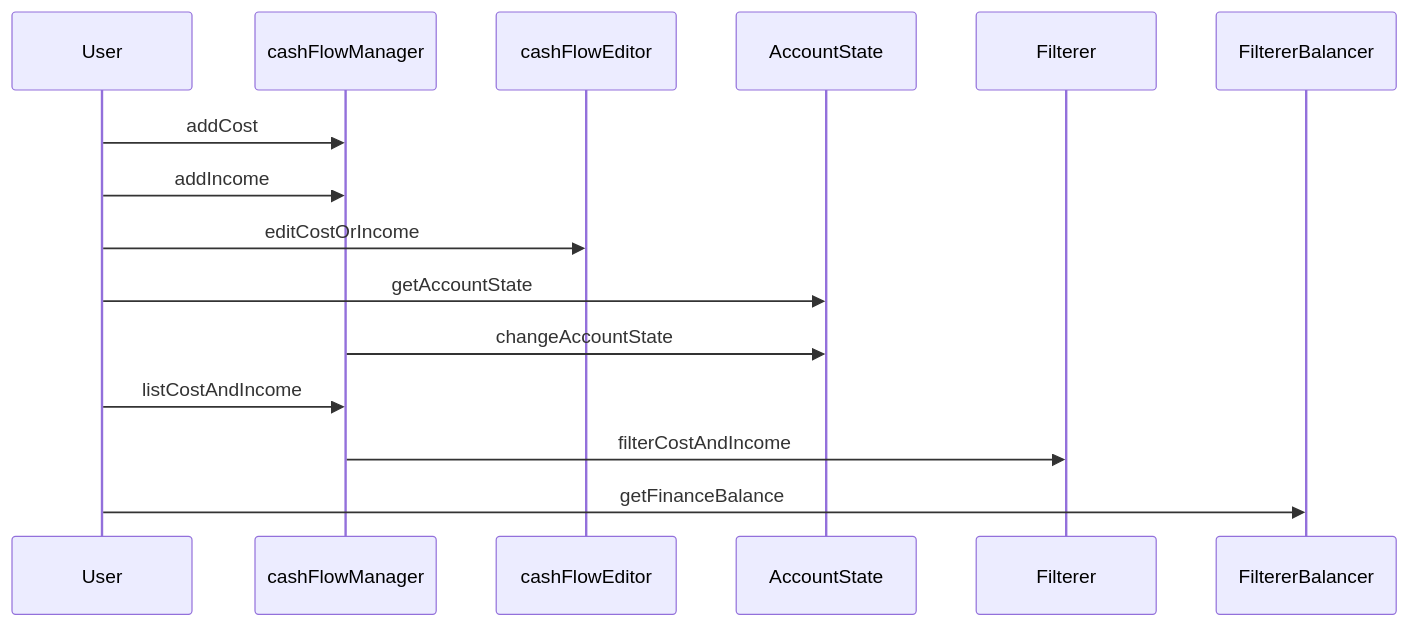
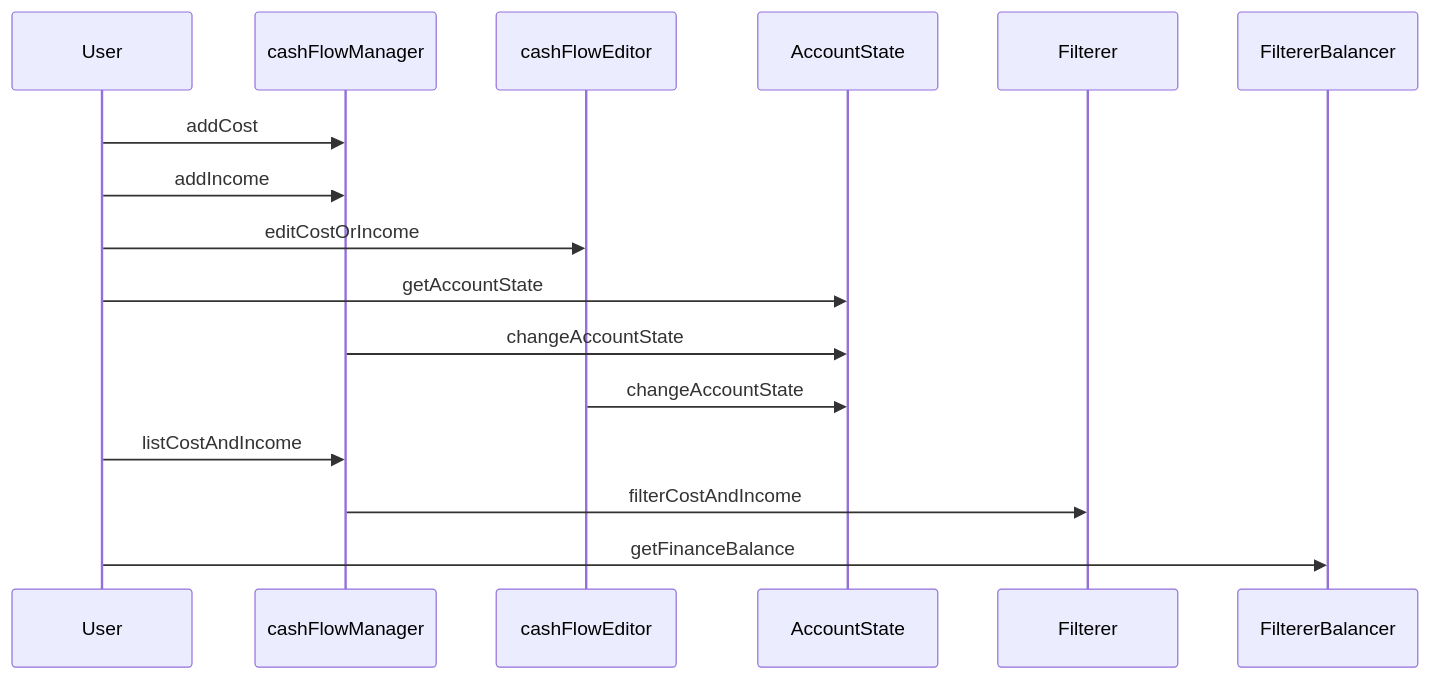
Before and after one commit to kempakepa/budgetProject: the diagram in README.md, drawn with Mermaid.

Commit message:
feat(#14): add module dependency between cash flow editor and change account state

````diff
--- a/README.md
+++ b/README.md
@@ -22,11 +22,12 @@
 ```mermaid
 sequenceDiagram
     User->>cashFlowManager: addCost
     User->>cashFlowManager: addIncome
     User->>cashFlowEditor: editCostOrIncome
     User->>AccountState: getAccountState
     cashFlowManager->>AccountState: changeAccountState
+    cashFlowEditor->>AccountState: changeAccountState
     User->>cashFlowManager: listCostAndIncome
     cashFlowManager->>Filterer: filterCostAndIncome
     User->>FiltererBalancer: getFinanceBalance
 ```
````
